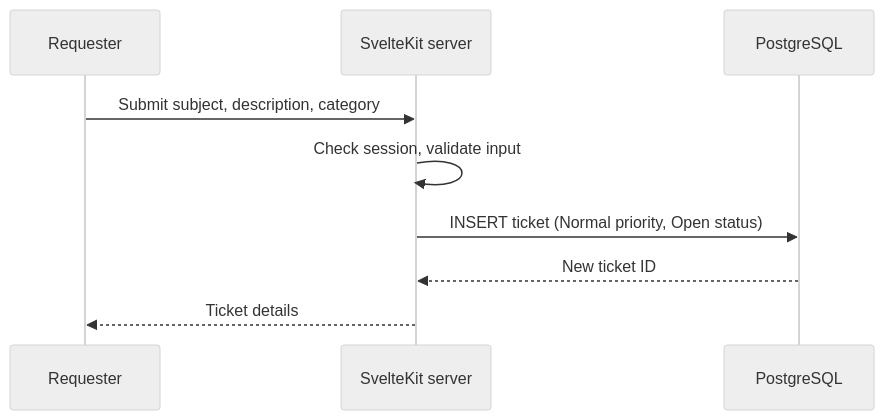
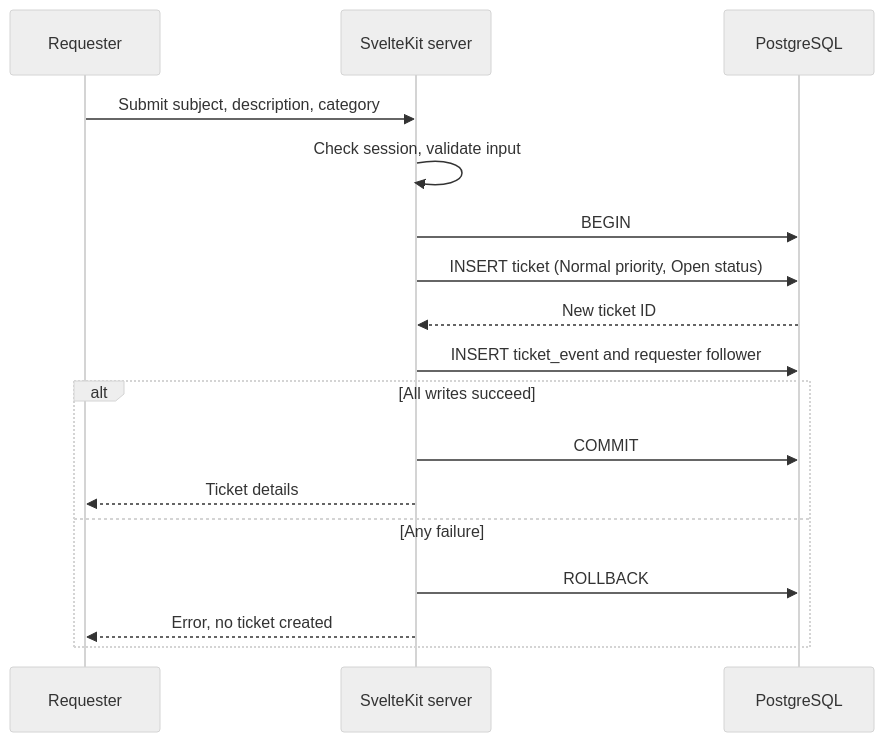
Before and after one commit to Mystery2099/capstone-ticket-system: the diagram in docs/diagrams/create-ticket-sequence.mmd, drawn with Mermaid (neutral theme). The commit also changed 93 other files, not shown here.

```diff
--- a/docs/diagrams/create-ticket-sequence.mmd
+++ b/docs/diagrams/create-ticket-sequence.mmd
@@ -1,9 +1,17 @@
 sequenceDiagram
  participant Requester
  participant Server as SvelteKit server
  participant DB as PostgreSQL
  Requester->>Server: Submit subject, description, category
  Server->>Server: Check session, validate input
+ Server->>DB: BEGIN
  Server->>DB: INSERT ticket (Normal priority, Open status)
  DB-->>Server: New ticket ID
- Server-->>Requester: Ticket details
+ Server->>DB: INSERT ticket_event and requester follower
+ alt All writes succeed
+  Server->>DB: COMMIT
+  Server-->>Requester: Ticket details
+ else Any failure
+  Server->>DB: ROLLBACK
+  Server-->>Requester: Error, no ticket created
+ end
```
